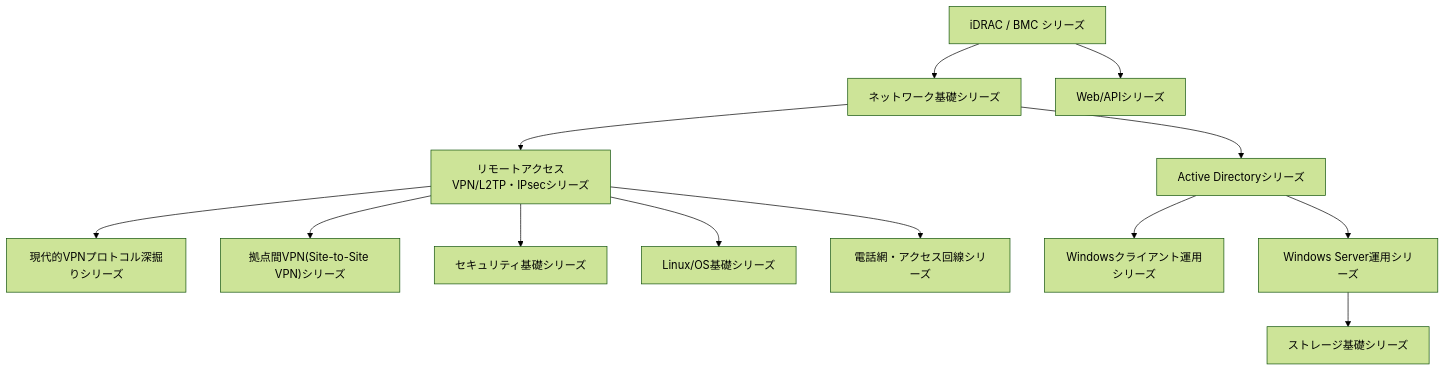
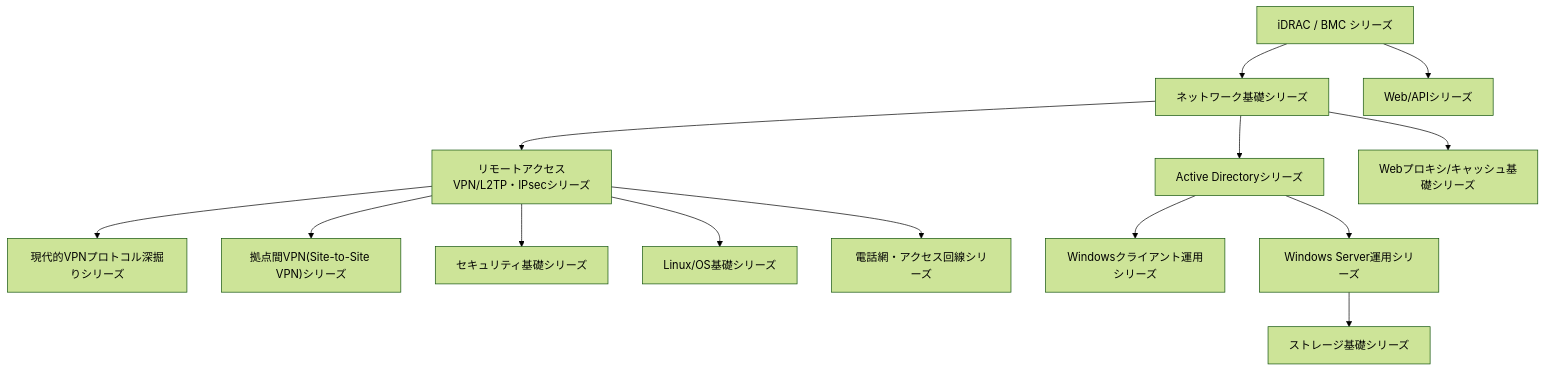
Before and after one commit to koikoi1998/koikoi-blog-20260723: the diagram in src/pages/sitemap.md, drawn with Mermaid (forest theme). The commit also changed other lines of this file and 7 other files, not shown here.

````diff
--- a/src/pages/sitemap.md
+++ b/src/pages/sitemap.md
@@ -24,29 +24,31 @@
 ```mermaid
 graph TB
     Idrac["iDRAC / BMC シリーズ"]
     Network["ネットワーク基礎シリーズ"]
     Vpn["リモートアクセスVPN/L2TP・IPsecシリーズ"]
     ModernVpn["現代的VPNプロトコル深掘りシリーズ"]
     SiteToSite["拠点間VPN(Site-to-Site VPN)シリーズ"]
     Security["セキュリティ基礎シリーズ"]
     Linux["Linux/OS基礎シリーズ"]
     Telephony["電話網・アクセス回線シリーズ"]
     Api["Web/APIシリーズ"]
     ActiveDirectory["Active Directoryシリーズ"]
     WindowsClient["Windowsクライアント運用シリーズ"]
     WindowsServer["Windows Server運用シリーズ"]
     Storage["ストレージ基礎シリーズ"]
+    WebProxy["Webプロキシ/キャッシュ基礎シリーズ"]
 
     Idrac --> Network
     Idrac --> Api
     Network --> Vpn
     Vpn --> ModernVpn
     Vpn --> SiteToSite
     Vpn --> Security
     Vpn --> Linux
     Vpn --> Telephony
     Network --> ActiveDirectory
     ActiveDirectory --> WindowsClient
     ActiveDirectory --> WindowsServer
     WindowsServer --> Storage
+    Network --> WebProxy
 ```
````
